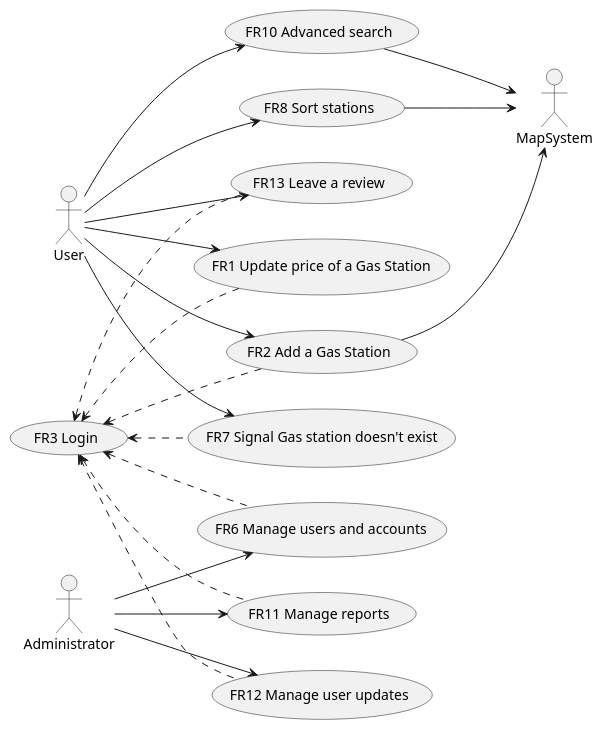
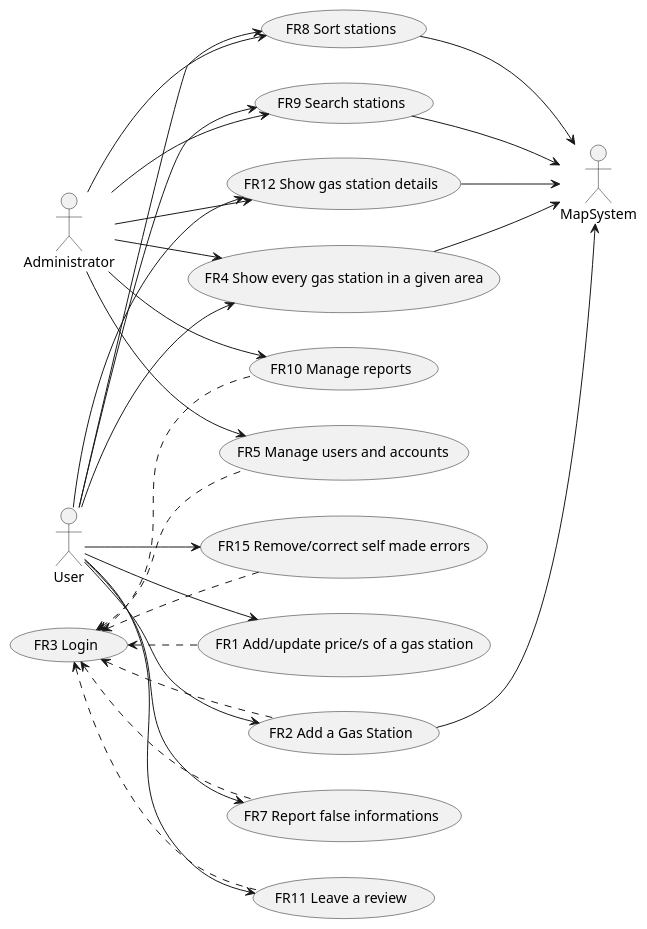
One commit to peppep97/se1 changed the second of 3 diagrams in Giuseppe/REQ_s280085.md. Above: the diagram before and after it, drawn with PlantUML. The commit also changed other lines of this file, not shown here.

Commit message:
fix: use case diagram

````diff
--- a/Giuseppe/REQ_s280085.md
+++ b/Giuseppe/REQ_s280085.md
@@ -130,28 +133,38 @@
 ```plantuml
 left to right direction
 actor User as u
 left to right direction
 actor MapSystem as map
 left to right direction
 actor Administrator as a
 
-u --> (FR1 Update price of a Gas Station)
+u --> (FR1 Add/update price/s of a gas station)
 u --> (FR2 Add a Gas Station)
-u --> (FR7 Signal Gas station doesn't exist)
+u --> (FR4 Show every gas station in a given area)
+u --> (FR7 Report false informations)
 u --> (FR8 Sort stations)
-u --> (FR10 Advanced search)
-u --> (FR13 Leave a review)
-a --> (FR6 Manage users and accounts)
-a --> (FR11 Manage reports)
-a --> (FR12 Manage user updates)
+u --> (FR9 Search stations)
+u --> (FR11 Leave a review)
+u --> (FR12 Show gas station details)
+u --> (FR15 Remove/correct self made errors)
+a --> (FR4 Show every gas station in a given area)
+a --> (FR5 Manage users and accounts)
+a --> (FR8 Sort stations)
+a --> (FR9 Search stations)
+a --> (FR10 Manage reports)
+a --> (FR12 Show gas station details)
+
 (FR2 Add a Gas Station) --> map
 (FR8 Sort stations) --> map
-(FR10 Advanced search) --> map
-(FR3 Login) <.. (FR1 Update price of a Gas Station)
+(FR9 Search stations) --> map
+(FR4 Show every gas station in a given area) --> map
+(FR12 Show gas station details) --> map
+
+(FR3 Login) <.. (FR1 Add/update price/s of a gas station)
 (FR3 Login) <.. (FR2 Add a Gas Station)
-(FR3 Login) <.. (FR11 Manage reports)
-(FR3 Login) <.. (FR6 Manage users and accounts)
-(FR3 Login) <.. (FR7 Signal Gas station doesn't exist)
-(FR3 Login) <.. (FR12 Manage user updates)
-(FR3 Login) <.. (FR13 Leave a review)
+(FR3 Login) <.. (FR10 Manage reports)
+(FR3 Login) <.. (FR5 Manage users and accounts)
+(FR3 Login) <.. (FR11 Leave a review)
+(FR3 Login) <.. (FR7 Report false informations)
+(FR3 Login) <.. (FR15 Remove/correct self made errors)
 ```
````
